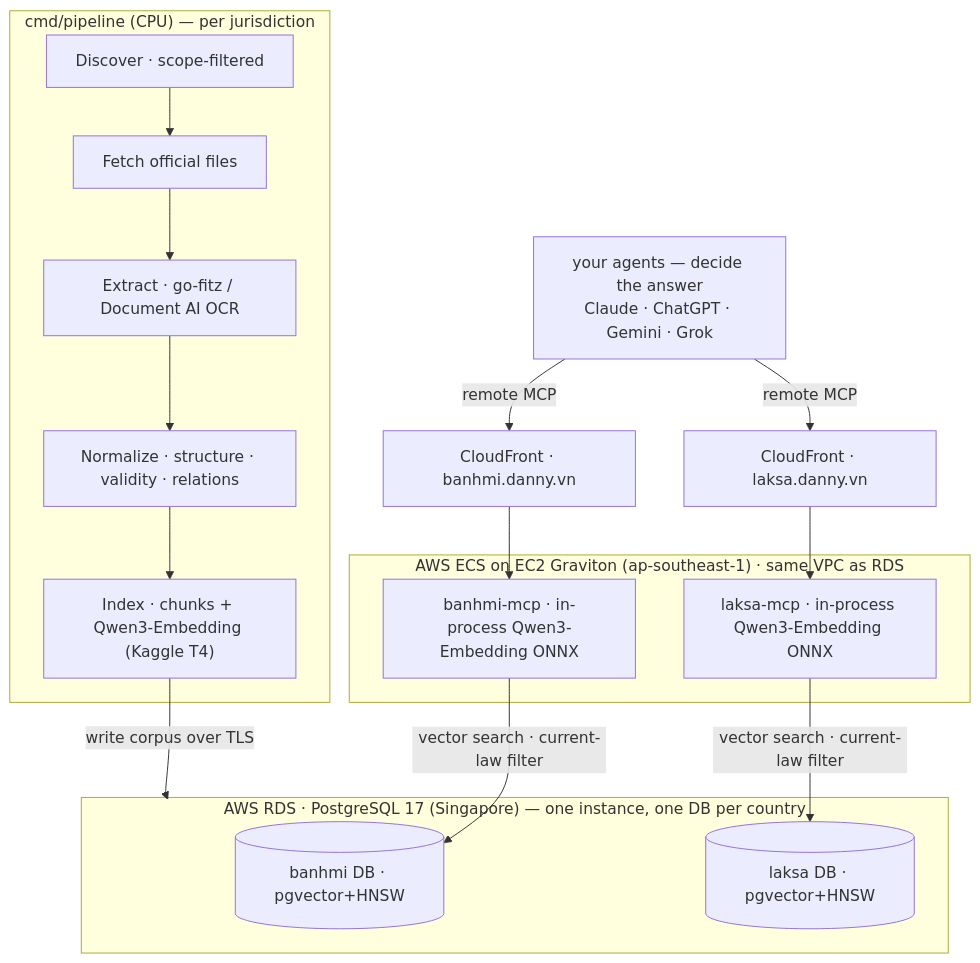
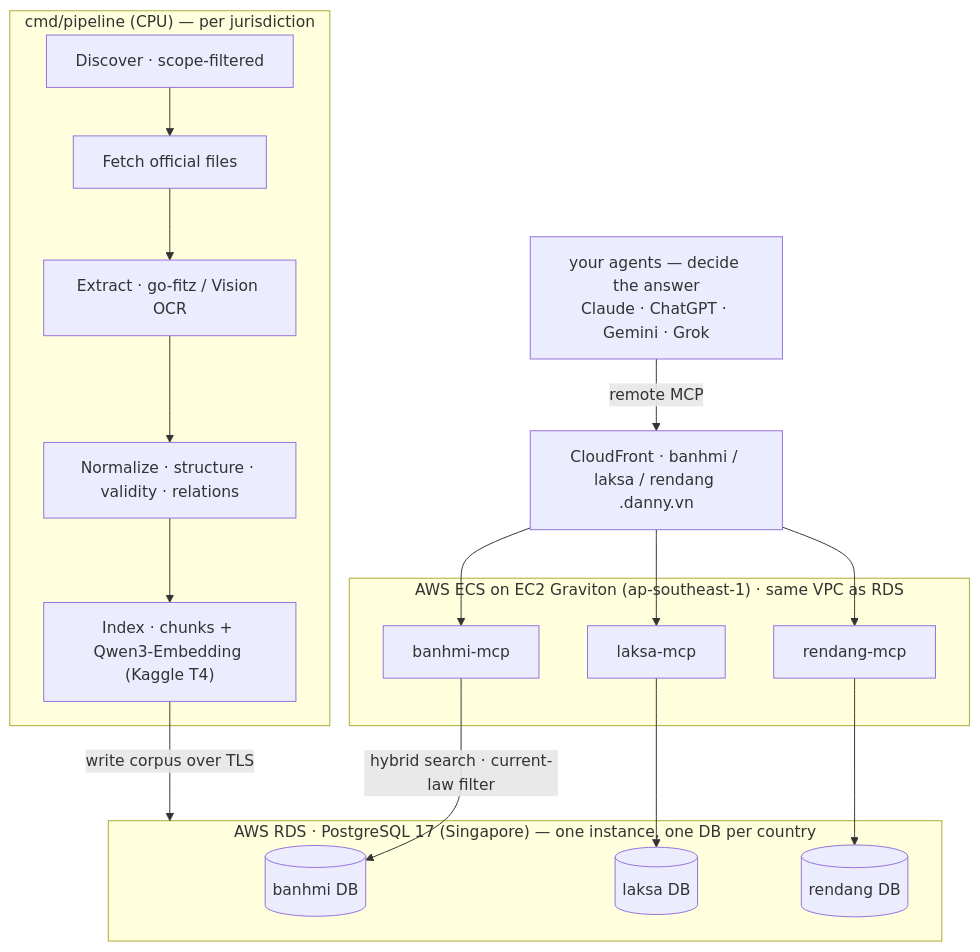
The diagram in README.md (dannyota/banhmi), drawn with Mermaid before and after one commit. The commit also changed other lines of this file, not shown here.

Commit message:
docs(readme): Indonesia sources (BPK, BI, OJK x2), Vision OCR, 3-jurisdiction status

````diff
--- a/README.md
+++ b/README.md
@@ -94,26 +97,28 @@
 ```mermaid
 flowchart TB
   subgraph LOCAL["cmd/pipeline (CPU) — per jurisdiction"]
     DISC["Discover · scope-filtered"] --> DL["Fetch official files"]
-    DL --> EXT["Extract · go-fitz / Document AI OCR"]
+    DL --> EXT["Extract · go-fitz / Vision OCR"]
     EXT --> NORM["Normalize · structure · validity · relations"]
     NORM --> IDX["Index · chunks + Qwen3-Embedding (Kaggle T4)"]
   end
 
   subgraph RDS["AWS RDS · PostgreSQL 17 (Singapore) — one instance, one DB per country"]
-    PGVN[("banhmi DB · pgvector+HNSW")]
-    PGMY[("laksa DB · pgvector+HNSW")]
+    PGVN[("banhmi DB")]
+    PGMY[("laksa DB")]
+    PGID[("rendang DB")]
   end
 
   subgraph ECS["AWS ECS on EC2 Graviton (ap-southeast-1) · same VPC as RDS"]
-    MCPVN["banhmi-mcp · in-process Qwen3-Embedding ONNX"]
-    MCPMY["laksa-mcp · in-process Qwen3-Embedding ONNX"]
+    MCPVN["banhmi-mcp"]
+    MCPMY["laksa-mcp"]
+    MCPID["rendang-mcp"]
   end
 
   IDX -->|write corpus over TLS| RDS
-  MCPVN -->|vector search · current-law filter| PGVN
-  MCPMY -->|vector search · current-law filter| PGMY
-  CFVN["CloudFront · banhmi.danny.vn"] --> MCPVN
-  CFMY["CloudFront · laksa.danny.vn"] --> MCPMY
-  USERS["your agents — decide the answer<br/>Claude · ChatGPT · Gemini · Grok"] -->|remote MCP| CFVN & CFMY
+  MCPVN -->|hybrid search · current-law filter| PGVN
+  MCPMY --> PGMY
+  MCPID --> PGID
+  CF["CloudFront · banhmi / laksa / rendang .danny.vn"] --> MCPVN & MCPMY & MCPID
+  USERS["your agents — decide the answer<br/>Claude · ChatGPT · Gemini · Grok"] -->|remote MCP| CF
 ```
````
